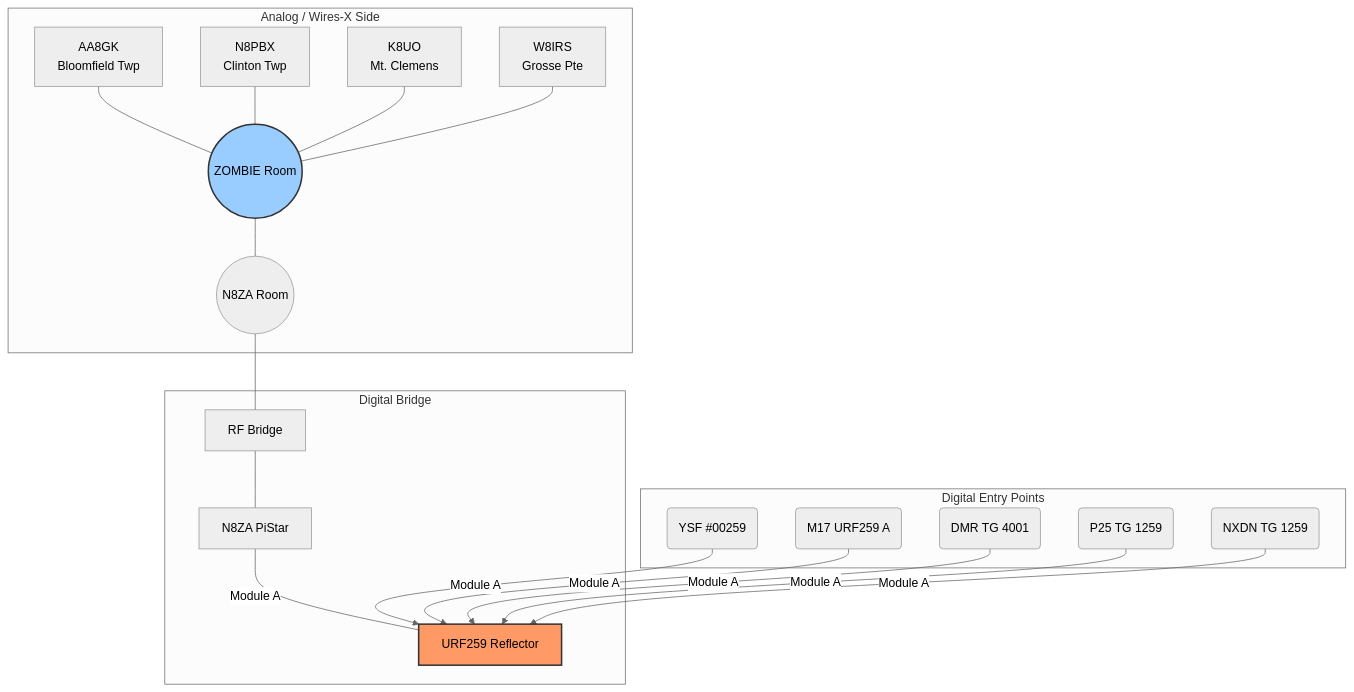
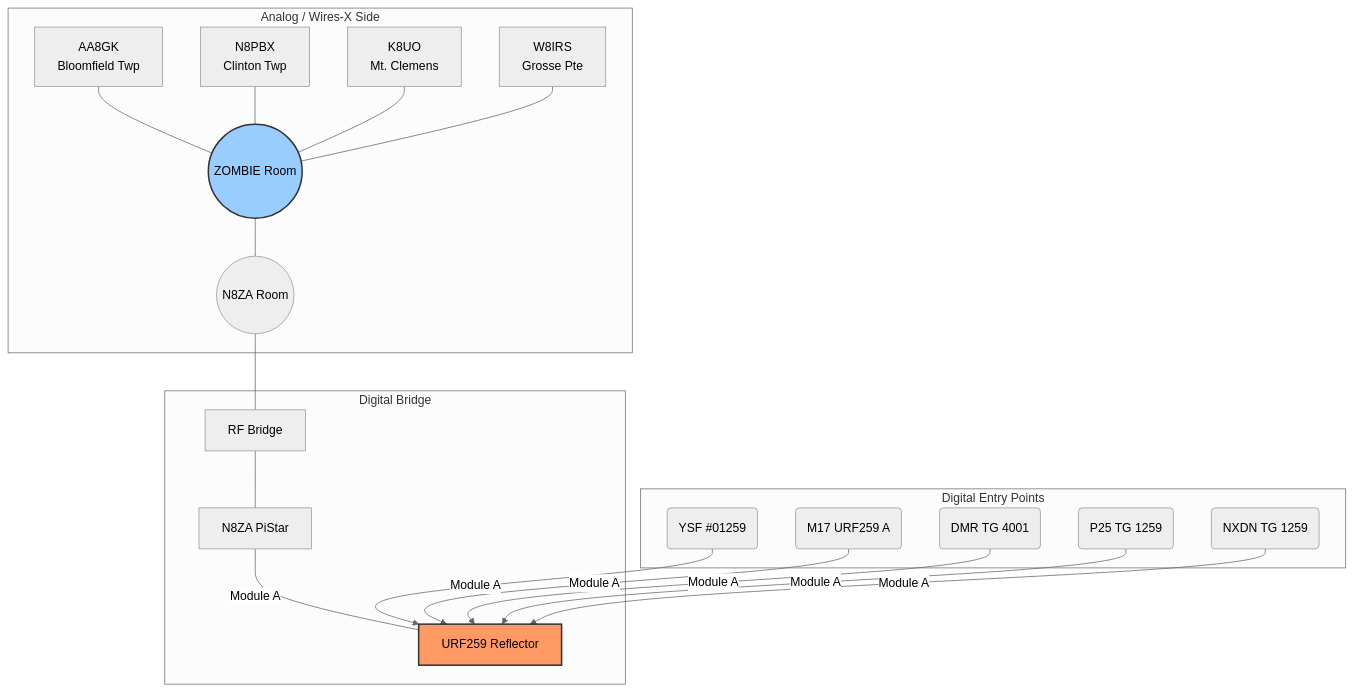
The diagram in docs/general/urf259.md (dbehnke/whocaresdocs), drawn with Mermaid (neutral theme) before and after one commit. The commit also changed other lines of this file and 1 other file, not shown here.

Commit message:
fix wrong reflector number (#3)
* Add Baofeng DM-32UV Contacts guide

* docs: update the howto for dm32uv

* docs: update filtered DMR contacts guide

* docs: add Filtered DMR Contacts to how-to index

* docs: add DB25-D to supported formats

* feat: add URF259 Reflector documentation

* chore: add mermaid.js for diagram rendering

* feat: add network map and update navigation

* fix: use relative path for map image

* feat: add link to URF259 Live Dashboard

* fix: correct YSF room number to #01259

````diff
--- a/docs/general/urf259.md
+++ b/docs/general/urf259.md
@@ -43,28 +43,28 @@
 ```mermaid
 graph TD
     subgraph "Analog / Wires-X Side"
     AA8GK[AA8GK<br/>Bloomfield Twp] --- ZOMBIE((ZOMBIE Room))
     N8PBX[N8PBX<br/>Clinton Twp] --- ZOMBIE
     K8UO[K8UO<br/>Mt. Clemens] --- ZOMBIE
     W8IRS[W8IRS<br/>Grosse Pte] --- ZOMBIE
     
     ZOMBIE --- N8ZA_Room((N8ZA Room))
     end
 
     subgraph "Digital Bridge"
     N8ZA_Room --- RF_Bridge[RF Bridge]
     RF_Bridge --- N8ZA_PiStar[N8ZA PiStar]
     N8ZA_PiStar ---|Module A| URF259[URF259 Reflector]
     end
 
     subgraph "Digital Entry Points"
-    YSF(YSF #00259) -->|Module A| URF259
+    YSF(YSF #01259) -->|Module A| URF259
     M17(M17 URF259 A) -->|Module A| URF259
     DMR(DMR TG 4001) -->|Module A| URF259
     P25(P25 TG 1259) -->|Module A| URF259
     NXDN(NXDN TG 1259) -->|Module A| URF259
     end
 
     style URF259 fill:#f96,stroke:#333,stroke-width:2px
     style ZOMBIE fill:#9cf,stroke:#333,stroke-width:2px
 ```
````
